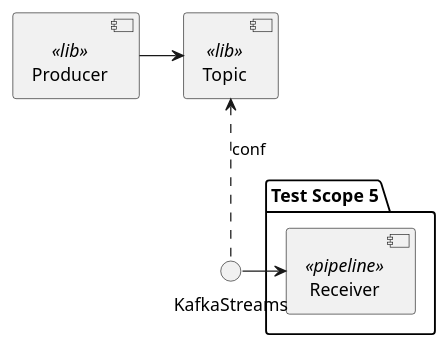
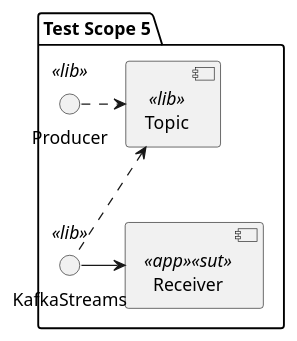
Before and after one commit to eugene-krivosheyev/kafka-testing: diagram 14 of 14 in async-test-design.md, drawn with PlantUML. The commit also changed other lines of this file and 3 other files, not shown here.

````diff
--- a/async-test-design.md
+++ b/async-test-design.md
@@ -311,15 +308,14 @@
 ```plantuml
 @startuml 'https://plantuml.com/ru/component-diagram
-
-component Producer <<lib>>
-component Topic <<lib>>
-Producer -> Topic
 package "Test Scope 5" {
-component Receiver <<pipeline>>
+    interface Producer <<lib>>
+    component Topic <<lib>>
+    component Receiver <<app>><<sut>>
+    interface KafkaStreams <<lib>>
+    
+    Producer .> Topic
+    Topic <.. KafkaStreams
+    KafkaStreams -> Receiver
 }
-Topic <.. KafkaStreams: conf
-KafkaStreams -> Receiver
-}
-
 @enduml
 ```
````
